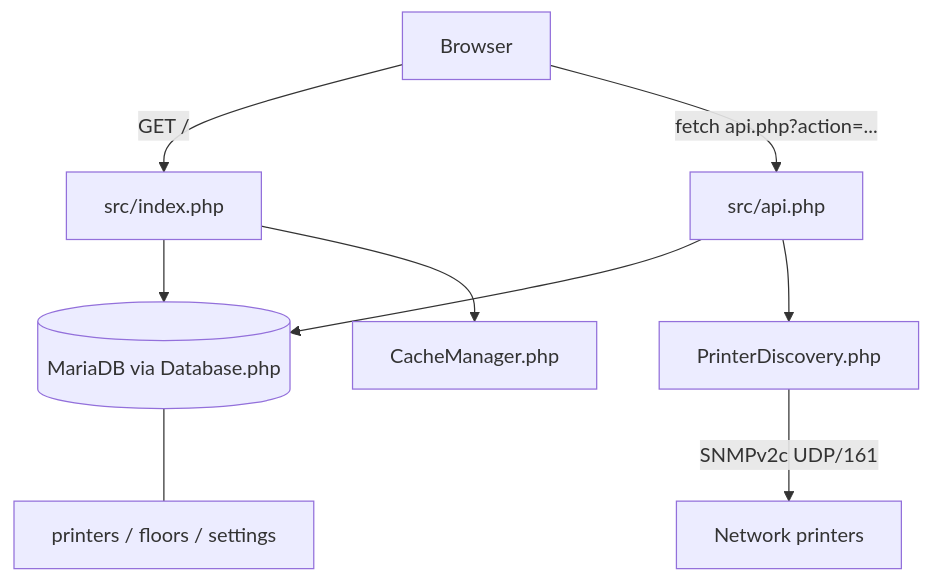
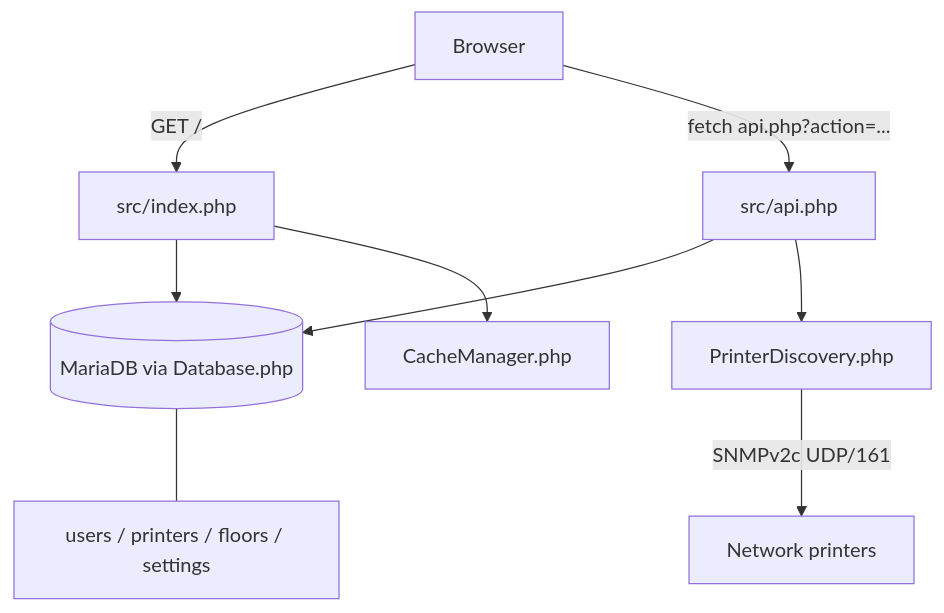
One commit to Silorak/S-printer changed the diagram in docs/project-analysis.md. Above: the diagram before and after it, drawn with Mermaid. The commit also changed other lines of this file and 21 other files, not shown here.

````diff
--- a/docs/project-analysis.md
+++ b/docs/project-analysis.md
@@ -50,14 +52,14 @@
 ```mermaid
 graph TD
     Browser[Browser] -->|GET /| Index[src/index.php]
     Browser -->|fetch api.php?action=...| API[src/api.php]
 
     Index --> DB[(MariaDB via Database.php)]
     API --> DB
     API --> Discovery[PrinterDiscovery.php]
     Index --> Cache[CacheManager.php]
 
     Discovery -->|SNMPv2c UDP/161| Printers[Network printers]
 
-    DB --- Tables[printers / floors / settings]
+    DB --- Tables[users / printers / floors / settings]
 ```
````
